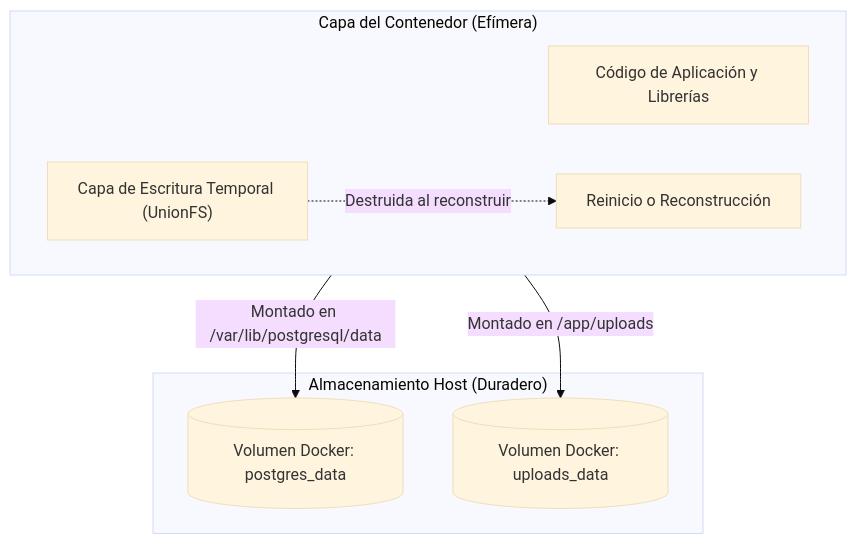
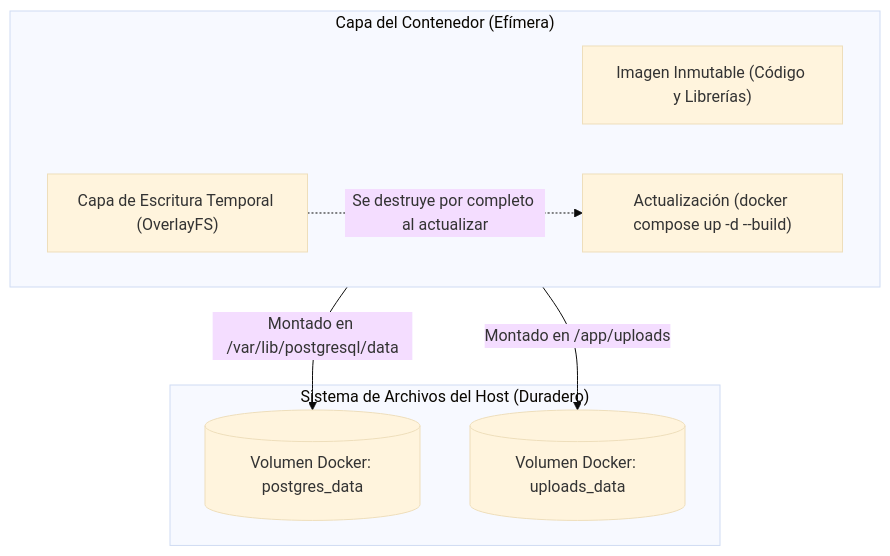
One commit to Pascal-Thommen/pascal-thommen.github.io changed the fourth of 4 diagrams in content/posts/upa-campus-app-architecture-part-2/index.es.md. Above: the diagram before and after it, drawn with Mermaid (base theme). The commit also changed other lines of this file and 20 other files, not shown here.

Commit message:
feat(posts): refine UPA Campus App architecture series with holistic webapp mental model and specification depth

````diff
--- a/content/posts/upa-campus-app-architecture-part-2/index.es.md
+++ b/content/posts/upa-campus-app-architecture-part-2/index.es.md
@@ -255,15 +240,15 @@
 ```mermaid
 flowchart TD
     subgraph ContainerLifecycle["Capa del Contenedor (Efímera)"]
-        AppCode["Código de Aplicación y Librerías"]
-        TempFS["Capa de Escritura Temporal (UnionFS)"]
-        KillAction["Reinicio o Reconstrucción"]
-        TempFS -.->|Destruida al reconstruir| KillAction
+        AppCode["Imagen Inmutable (Código y Librerías)"]
+        TempFS["Capa de Escritura Temporal (OverlayFS)"]
+        KillAction["Actualización (docker compose up -d --build)"]
+        TempFS -.->|Se destruye por completo al actualizar| KillAction
     end
-    subgraph HostStorage["Almacenamiento Host (Duradero)"]
+    subgraph HostStorage["Sistema de Archivos del Host (Duradero)"]
         PGVolume[("Volumen Docker: postgres_data")]
         UploadVolume[("Volumen Docker: uploads_data")]
     end
     ContainerLifecycle -->|Montado en /var/lib/postgresql/data| PGVolume
     ContainerLifecycle -->|Montado en /app/uploads| UploadVolume
 ```
````
